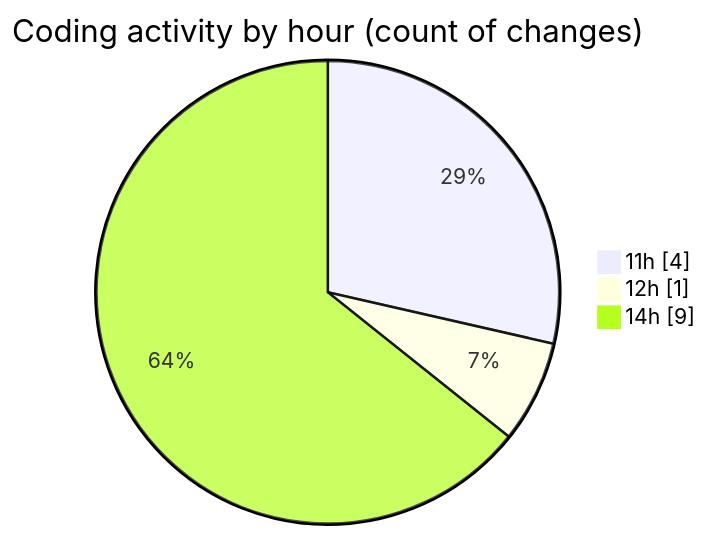
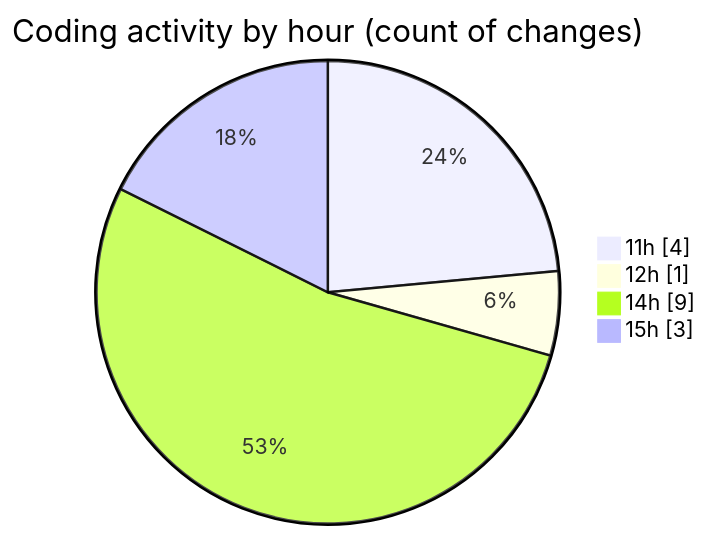
Before and after one commit to ricardozamudiocil/code-tracking: the second of 2 diagrams in 2026-09-10/cilapp/README.md, drawn with Mermaid. The commit also changed other lines of this file and 1 other file, not shown here.

````diff
--- a/2026-09-10/cilapp/README.md
+++ b/2026-09-10/cilapp/README.md
@@ -33,7 +33,8 @@
 ```mermaid
 pie showData
 title Coding activity by hour (count of changes)
 "11h" : 4
 "12h" : 1
 "14h" : 9
+"15h" : 3
 ```
````
